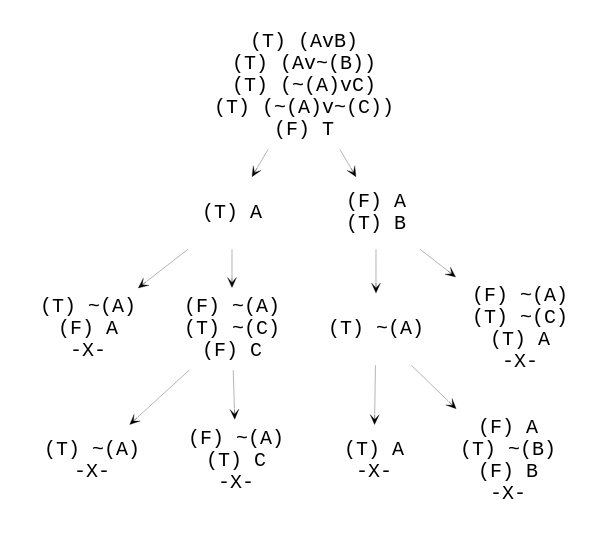
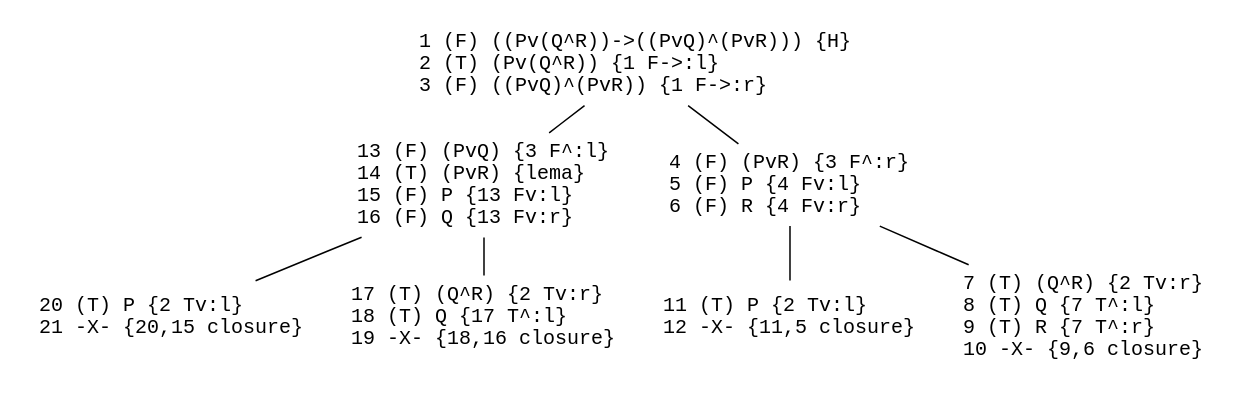
One commit to fredmbs/logic changed the diagram in logic/lemma_teste.gv. Above: the diagram before and after it, drawn with Graphviz. The commit also changed 84 other files, not shown here.

```diff
--- a/logic/lemma_teste.gv
+++ b/logic/lemma_teste.gv
@@ -1,26 +1,18 @@
 digraph g {
 graph[nodesep=0.1, ranksep=0.2];
 node[shape=plaintext, fontname="Courier", fontsize=10];
-edge[arrowsize=0.5, arrowhead=vee,  penwidth=0.15];
-node1[label="(T) (AvB)\n(T) (Av~(B))\n(T) (~(A)vC)\n(T) (~(A)v~(C))\n(F) T"];
-node2[label="(T) A"];
-node3[label="(T) ~(A)\n(F) A\n-X-"];
+edge[arrowsize=0.0, arrowhead=none,  penwidth=0.75];
+node1[label="1 (F) ((Pv(Q^R))->((PvQ)^(PvR))) {H}\l2 (T) (Pv(Q^R)) {1 F->:l}\l3 (F) ((PvQ)^(PvR)) {1 F->:r}\l"];
+node2[label="13 (F) (PvQ) {3 F^:l}\l14 (T) (PvR) {lema}\l15 (F) P {13 Fv:l}\l16 (F) Q {13 Fv:r}\l"];
+node3[label="20 (T) P {2 Tv:l}\l21 -X- {20,15 closure}\l"];
 node2 -> node3;
-node4[label="(F) ~(A)\n(T) ~(C)\n(F) C"];
-node5[label="(T) ~(A)\n-X-"];
-node4 -> node5;
-node6[label="(F) ~(A)\n(T) C\n-X-"];
-node4 -> node6;
+node4[label="17 (T) (Q^R) {2 Tv:r}\l18 (T) Q {17 T^:l}\l19 -X- {18,16 closure}\l"];
 node2 -> node4;
 node1 -> node2;
-node7[label="(F) A\n(T) B"];
-node8[label="(T) ~(A)"];
-node9[label="(T) A\n-X-"];
-node8 -> node9;
-node10[label="(F) A\n(T) ~(B)\n(F) B\n-X-"];
-node8 -> node10;
-node7 -> node8;
-node11[label="(F) ~(A)\n(T) ~(C)\n(T) A\n-X-"];
-node7 -> node11;
-node1 -> node7;
+node5[label="4 (F) (PvR) {3 F^:r}\l5 (F) P {4 Fv:l}\l6 (F) R {4 Fv:r}\l"];
+node6[label="11 (T) P {2 Tv:l}\l12 -X- {11,5 closure}\l"];
+node5 -> node6;
+node7[label="7 (T) (Q^R) {2 Tv:r}\l8 (T) Q {7 T^:l}\l9 (T) R {7 T^:r}\l10 -X- {9,6 closure}\l"];
+node5 -> node7;
+node1 -> node5;
 }
```
